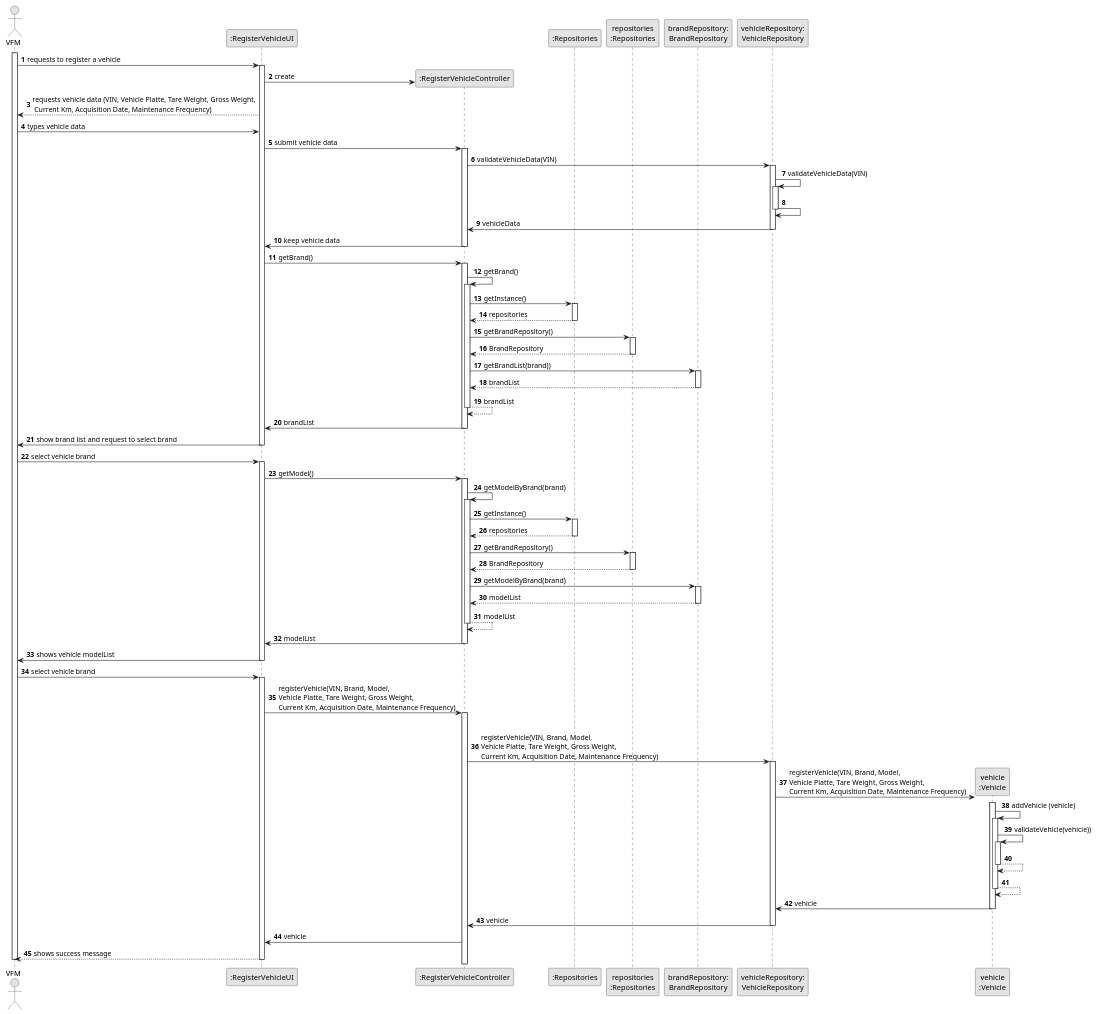
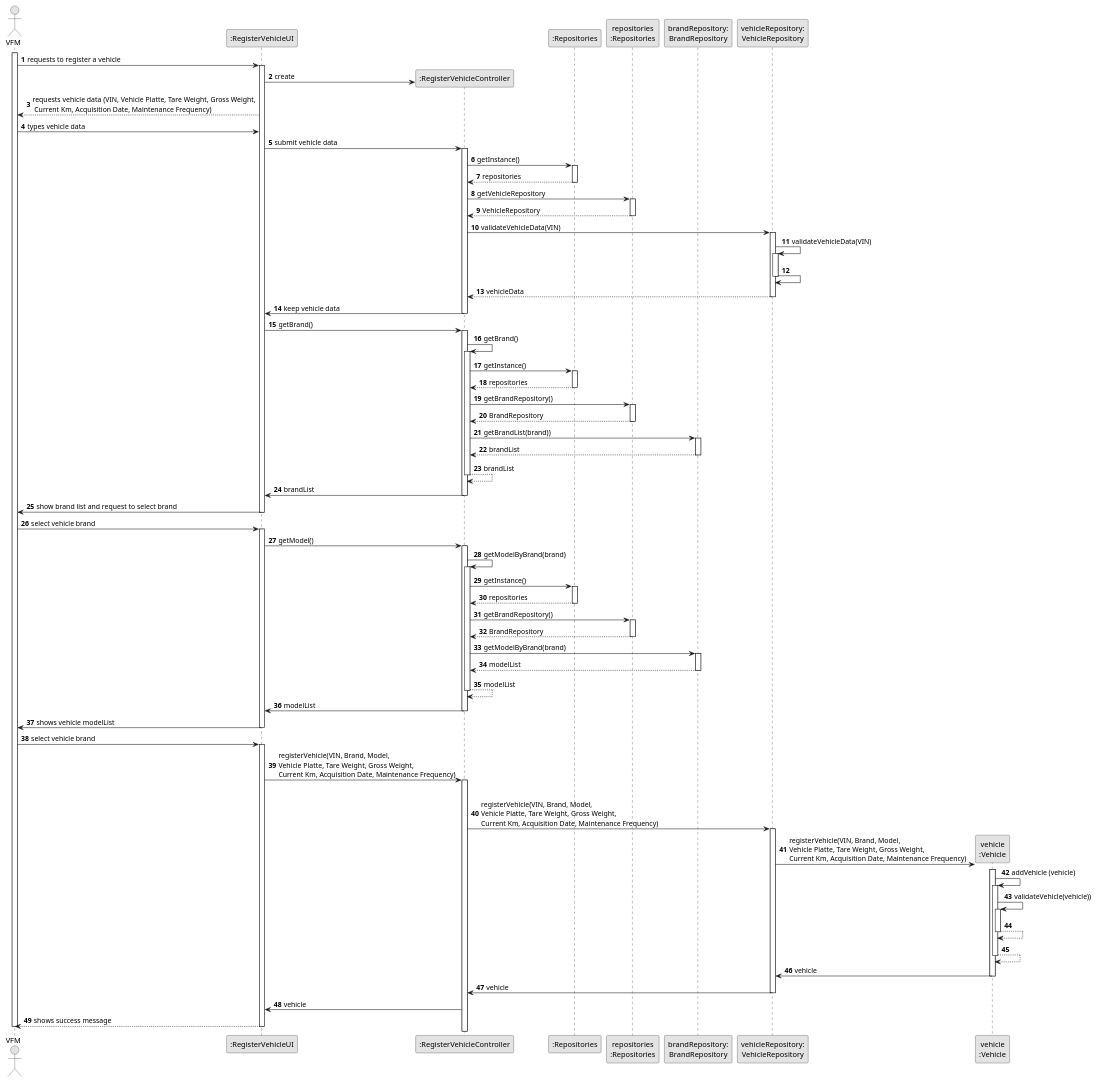
Before and after one commit to ricardomm7/leaflink: the diagram in docs/sprintB/us006/03.design/puml/us006-sequence-diagram-full.puml, drawn with PlantUML. The commit also changed 8 other files, not shown here.

Commit message:
LFC2-90<Change the sequence diagram> LFC2-114<Start class diagram and small changes on sequence diagram>

```diff
--- a/docs/sprintB/us006/03.design/puml/us006-sequence-diagram-full.puml
+++ b/docs/sprintB/us006/03.design/puml/us006-sequence-diagram-full.puml
@@ -1,160 +1,172 @@
 @startuml
 skinparam monochrome true
 skinparam packageStyle rectangle
 skinparam shadowing false
 
 
 autonumber
 
 'hide footbox
 actor "VFM" as VFM
 participant ":RegisterVehicleUI" as UI
 participant ":RegisterVehicleController" as CTRL
 participant ":Repositories" as RepositorySingleton
 participant "repositories\n:Repositories" as PLAT
 participant "brandRepository:\nBrandRepository" as BrandRepository
 participant "vehicleRepository:\nVehicleRepository" as VehicleRepository
 participant "vehicle\n:Vehicle" as VEI
 
 activate VFM
 
     VFM -> UI : requests to register a vehicle
     activate UI
 
         UI -> CTRL** : create
 
         UI --> VFM : requests vehicle data (VIN, Vehicle Platte, Tare Weight, Gross Weight,\n Current Km, Acquisition Date, Maintenance Frequency)
 
     VFM -> UI : types vehicle data
 
         UI -> CTRL : submit vehicle data
         activate CTRL
 
+            CTRL -> RepositorySingleton: getInstance()
+            activate RepositorySingleton
+
+            RepositorySingleton --> CTRL: repositories
+            deactivate RepositorySingleton
+
+            CTRL -> PLAT: getVehicleRepository
+            activate PLAT
+
+            PLAT --> CTRL: VehicleRepository
+            deactivate PLAT
+
             CTRL -> VehicleRepository : validateVehicleData(VIN)
             activate VehicleRepository
 
             VehicleRepository -> VehicleRepository: validateVehicleData(VIN)
             activate VehicleRepository
 
             VehicleRepository -> VehicleRepository
             deactivate VehicleRepository
 
 
 
-            VehicleRepository -> CTRL : vehicleData
+            VehicleRepository --> CTRL : vehicleData
             deactivate VehicleRepository
 
         CTRL -> UI : keep vehicle data
         deactivate CTRL
 
         UI -> CTRL : getBrand()
         activate CTRL
 
             CTRL -> CTRL : getBrand()
             activate CTRL
 
                 CTRL -> RepositorySingleton : getInstance()
                 activate RepositorySingleton
 
                 RepositorySingleton --> CTRL: repositories
                 deactivate RepositorySingleton
 
                 CTRL -> PLAT : getBrandRepository()
                 activate PLAT
 
                 PLAT --> CTRL : BrandRepository
                 deactivate PLAT
 
                 CTRL -> BrandRepository : getBrandList(brand))
                 activate BrandRepository
 
                 BrandRepository --> CTRL : brandList
                 deactivate BrandRepository
 
                 CTRL --> CTRL : brandList
                 deactivate CTRL
 
             CTRL -> UI: brandList
             deactivate CTRL
 
 
 
     UI -> VFM : show brand list and request to select brand
     deactivate UI
 
     VFM -> UI : select vehicle brand
     activate UI
 
     UI -> CTRL : getModel()
     activate CTRL
 
         CTRL -> CTRL : getModelByBrand(brand)
                     activate CTRL
 
                         CTRL -> RepositorySingleton : getInstance()
                         activate RepositorySingleton
 
                         RepositorySingleton --> CTRL: repositories
                         deactivate RepositorySingleton
 
                         CTRL -> PLAT : getBrandRepository()
                         activate PLAT
 
                         PLAT --> CTRL : BrandRepository
                         deactivate PLAT
 
                         CTRL -> BrandRepository : getModelByBrand(brand)
                         activate BrandRepository
 
                         BrandRepository --> CTRL : modelList
                         deactivate BrandRepository
 
                     CTRL --> CTRL : modelList
                     deactivate CTRL
 
         CTRL -> UI: modelList
         deactivate CTRL
 
 
         UI -> VFM : shows vehicle modelList
     deactivate UI
 
     VFM -> UI : select vehicle brand
     activate UI
 
         UI -> CTRL : registerVehicle(VIN, Brand, Model, \nVehicle Platte, Tare Weight, Gross Weight, \nCurrent Km, Acquisition Date, Maintenance Frequency)
         activate CTRL
 
             |||
             CTRL -> VehicleRepository : registerVehicle(VIN, Brand, Model, \nVehicle Platte, Tare Weight, Gross Weight, \nCurrent Km, Acquisition Date, Maintenance Frequency)
             activate VehicleRepository
 
                 VehicleRepository -> VEI **: registerVehicle(VIN, Brand, Model, \nVehicle Platte, Tare Weight, Gross Weight, \nCurrent Km, Acquisition Date, Maintenance Frequency)
                 activate VEI
 
                     VEI -> VEI: addVehicle (vehicle)
                     activate VEI
 
                     VEI -> VEI: validateVehicle(vehicle))
                     activate VEI
 
                     VEI --> VEI
                     deactivate VEI
 
                     VEI --> VEI
                     deactivate VEI
 
                 VEI -> VehicleRepository: vehicle
                 deactivate VEI
 
             VehicleRepository -> CTRL: vehicle
             deactivate VehicleRepository
 
             CTRL -> UI: vehicle
 
         UI --> VFM : shows success message
     deactivate UI
 
 deactivate VFM
 
 @enduml
```
